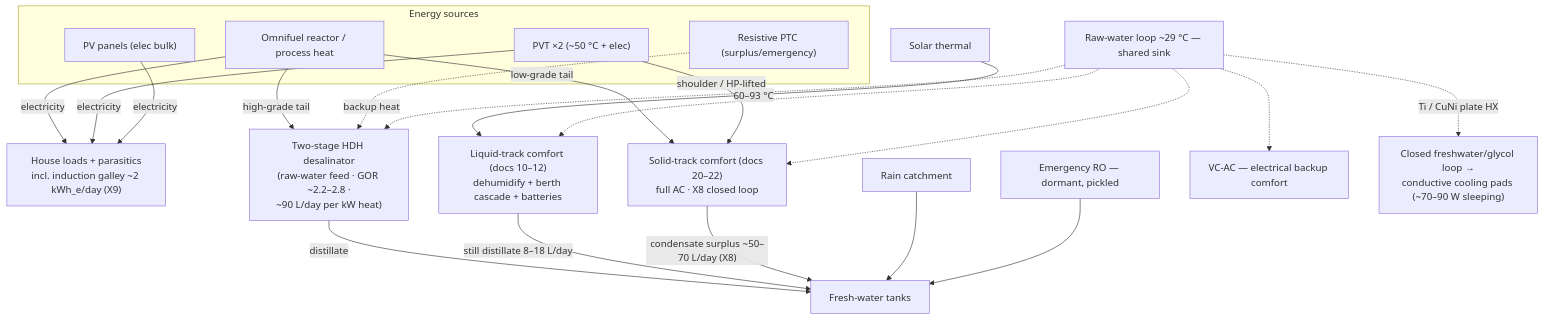
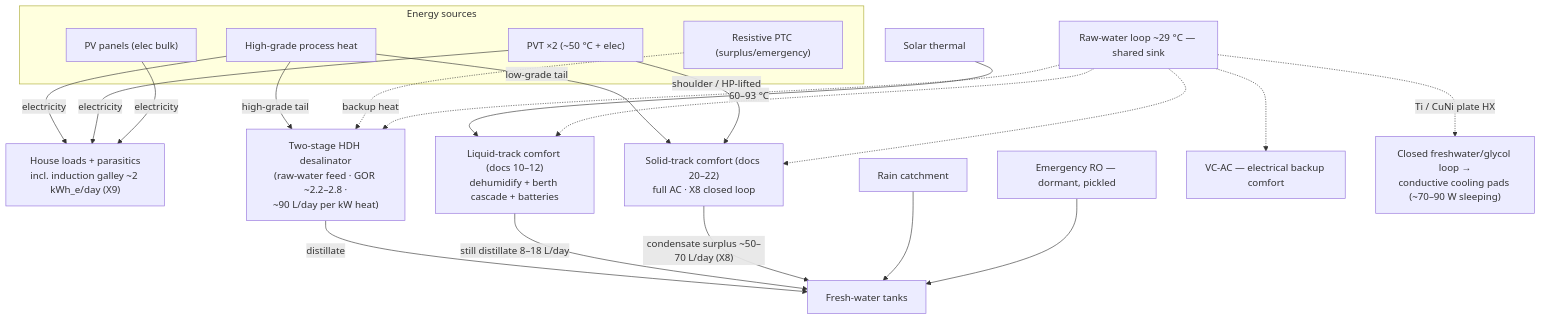
Before and after one commit to phicyclist/slice-cooling: the second of 3 diagrams in docs/30_integration_energy_water.md, drawn with Mermaid. The commit also changed other lines of this file and 26 other files, not shown here.

````diff
--- a/docs/30_integration_energy_water.md
+++ b/docs/30_integration_energy_water.md
@@ -61,27 +69,27 @@
 ```mermaid
 flowchart TB
     subgraph SRC["Energy sources"]
-        REACTOR["Omnifuel reactor / process heat"]
+        HEATSRC["High-grade process heat"]
         PVT["PVT ×2 (~50 °C + elec)"]
         PV["PV panels (elec bulk)"]
         RES["Resistive PTC (surplus/emergency)"]
     end
-    REACTOR -->|electricity| HOUSE["House loads + parasitics<br/>incl. induction galley ~2 kWh_e/day (X9)"]
-    REACTOR -->|high-grade tail| HDH["Two-stage HDH desalinator<br/>(raw-water feed · GOR ~2.2–2.8 ·<br/>~90 L/day per kW heat)"]
-    REACTOR -->|low-grade tail| DES["Solid-track comfort (docs 20–22)<br/>full AC · X8 closed loop"]
+    HEATSRC -->|electricity| HOUSE["House loads + parasitics<br/>incl. induction galley ~2 kWh_e/day (X9)"]
+    HEATSRC -->|high-grade tail| HDH["Two-stage HDH desalinator<br/>(raw-water feed · GOR ~2.2–2.8 ·<br/>~90 L/day per kW heat)"]
+    HEATSRC -->|low-grade tail| DES["Solid-track comfort (docs 20–22)<br/>full AC · X8 closed loop"]
     ETC["Solar thermal"] -->|60–93 °C| LIQ["Liquid-track comfort (docs 10–12)<br/>dehumidify + berth cascade + batteries"]
     PVT -->|"shoulder / HP-lifted"| DES
     PVT -->|electricity| HOUSE
     PV -->|electricity| HOUSE
     RES -.->|backup heat| HDH
     HDH -->|distillate| TANKS["Fresh-water tanks"]
     LIQ -->|"still distillate 8–18 L/day"| TANKS
     DES -->|"condensate surplus ~50–70 L/day (X8)"| TANKS
     RAIN["Rain catchment"] --> TANKS
     ERO["Emergency RO — dormant, pickled"] --> TANKS
     SW["Raw-water loop ~29 °C — shared sink"] -.-> HDH
     SW -.-> DES
     SW -.-> LIQ
     SW -.-> AC["VC-AC — electrical backup comfort"]
     SW -.->|"Ti / CuNi plate HX"| PAD["Closed freshwater/glycol loop →<br/>conductive cooling pads (~70–90 W sleeping)"]
 ```
````
